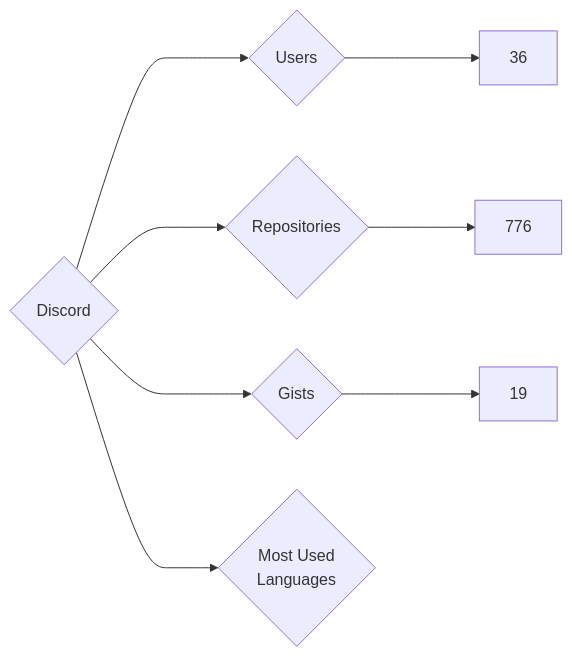
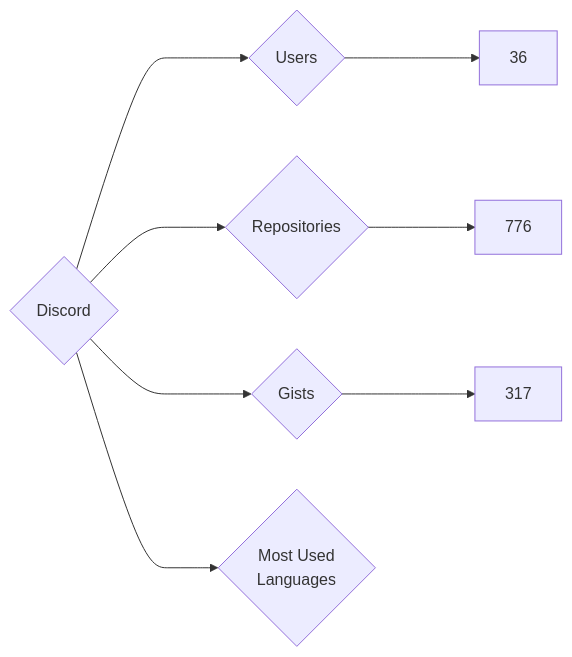
Before and after one commit to nenadzaric/insiders: the diagram in targets/Discord/README.md, drawn with Mermaid. The commit also changed 1342 other files, not shown here.

````diff
--- a/targets/Discord/README.md
+++ b/targets/Discord/README.md
@@ -3,8 +3,8 @@
 ```mermaid
 graph LR
 COMPANY_NAME{Discord}
 COMPANY_NAME ---> U{Users} ---> UN[36]
 COMPANY_NAME ---> R{Repositories} ---> RN[776]
-COMPANY_NAME ---> G{Gists} ---> GN[19]
+COMPANY_NAME ---> G{Gists} ---> GN[317]
 COMPANY_NAME ---> ML{Most Used<br>Languages}
 ```
````
